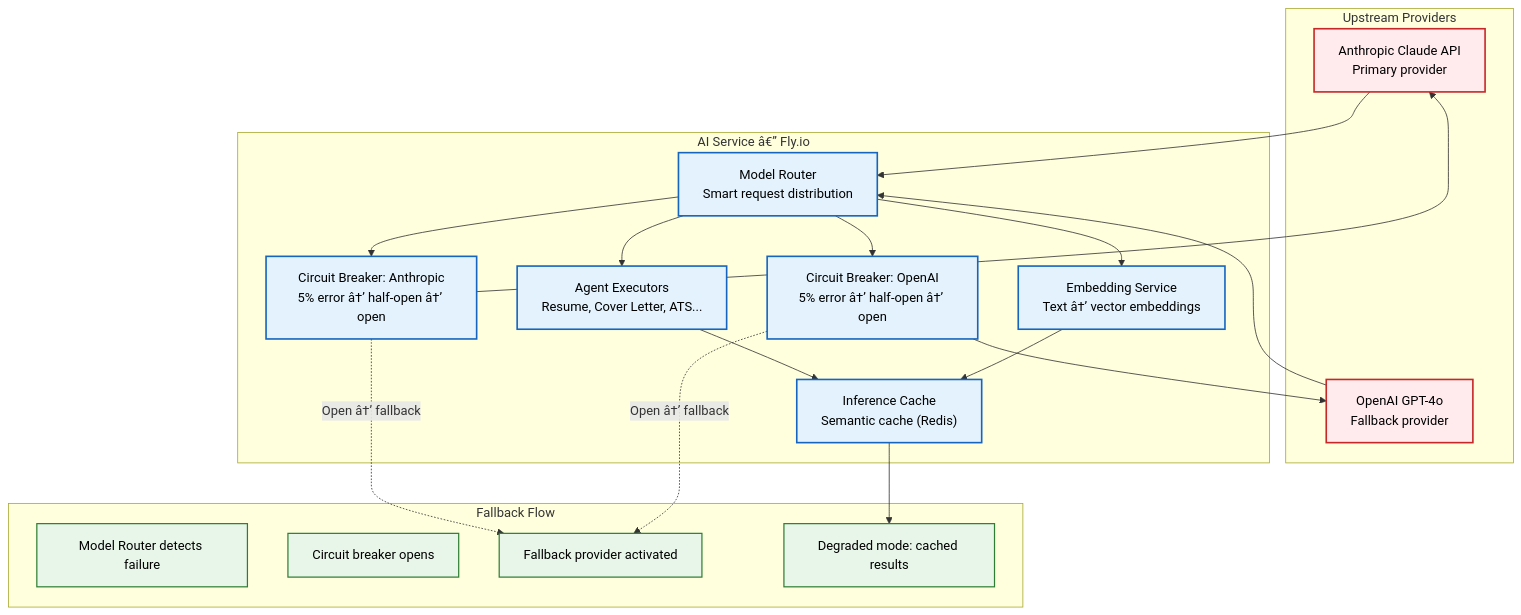
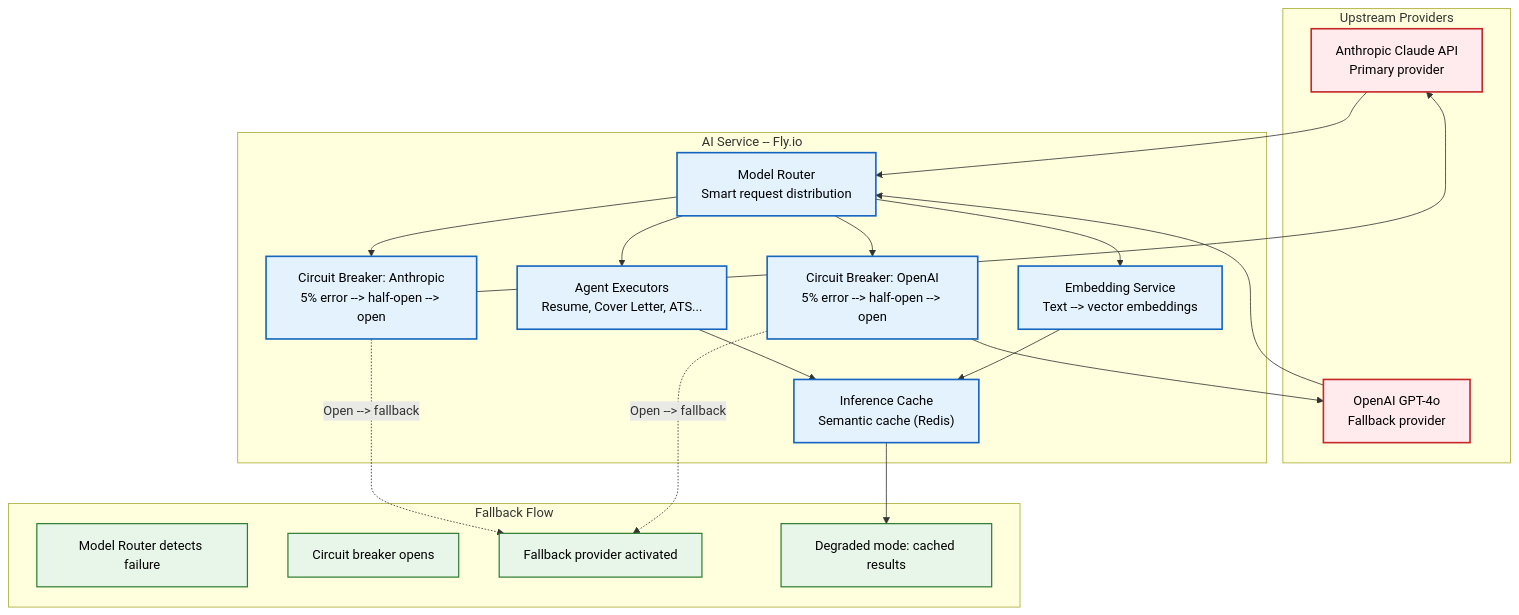
The first of 2 diagrams in Docs/Operations/Runbooks/AI-Service-Outage.md (Driftloom/Vaeloom), drawn with Mermaid before and after one commit. The commit also changed other lines of this file and 16 other files, not shown here.

````diff
--- a/Docs/Operations/Runbooks/AI-Service-Outage.md
+++ b/Docs/Operations/Runbooks/AI-Service-Outage.md
@@ -19,45 +19,45 @@
 ```mermaid
 graph TD
     classDef upstream fill:#ffebee,stroke:#c62828,color:#000,stroke-width:2px
     classDef service fill:#e3f2fd,stroke:#1565c0,color:#000,stroke-width:2px
     classDef fallback fill:#e8f5e9,stroke:#2e7d32,color:#000,stroke-width:1.5px
     classDef circuit fill:#fff3e0,stroke:#e65100,color:#000,stroke-width:1.5px
 
     subgraph Upstream["Upstream Providers"]
         ANTHROPIC["Anthropic Claude API<br/>Primary provider"]
         OPENAI["OpenAI GPT-4o<br/>Fallback provider"]
     end
 
-    subgraph AI["AI Service â€” Fly.io"]
+    subgraph AI["AI Service -- Fly.io"]
         ROUTER["Model Router<br/>Smart request distribution"]
-        CB1["Circuit Breaker: Anthropic<br/>5% error â†’ half-open â†’ open"]
-        CB2["Circuit Breaker: OpenAI<br/>5% error â†’ half-open â†’ open"]
+        CB1["Circuit Breaker: Anthropic<br/>5% error --> half-open --> open"]
+        CB2["Circuit Breaker: OpenAI<br/>5% error --> half-open --> open"]
         AGENTS["Agent Executors<br/>Resume, Cover Letter, ATS..."]
-        EMBED["Embedding Service<br/>Text â†’ vector embeddings"]
+        EMBED["Embedding Service<br/>Text --> vector embeddings"]
         CACHE["Inference Cache<br/>Semantic cache (Redis)"]
     end
 
     subgraph Fallback["Fallback Flow"]
         F1["Model Router detects failure"]
         F2["Circuit breaker opens"]
         F3["Fallback provider activated"]
         F4["Degraded mode: cached results"]
     end
 
     ANTHROPIC --> ROUTER
     OPENAI --> ROUTER
     ROUTER --> CB1 & CB2
     CB1 --> ANTHROPIC
     CB2 --> OPENAI
     ROUTER --> AGENTS & EMBED
     AGENTS --> CACHE
     EMBED --> CACHE
 
-    CB1 -.->|Open â†’ fallback| F3
-    CB2 -.->|Open â†’ fallback| F3
+    CB1 -.->|Open --> fallback| F3
+    CB2 -.->|Open --> fallback| F3
     CACHE --> F4
 
     class ANTHROPIC,OPENAI upstream
     class ROUTER,CB1,CB2,AGENTS,EMBED,CACHE service
     class F1,F2,F3,F4 fallback
 ```
````
